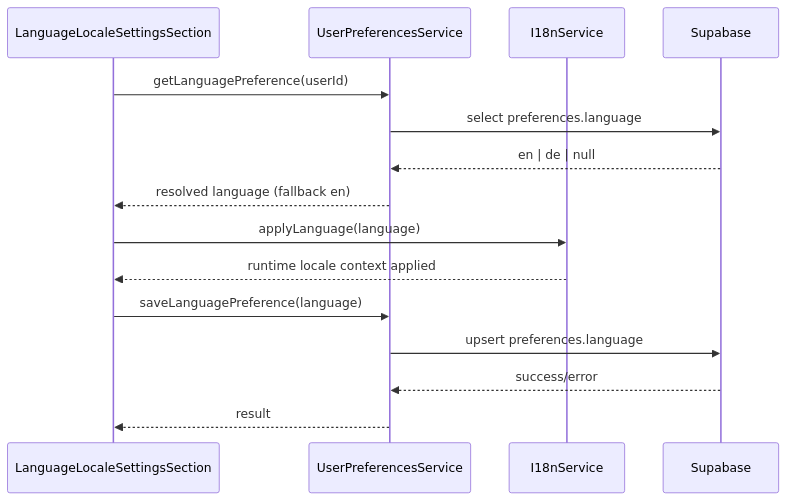
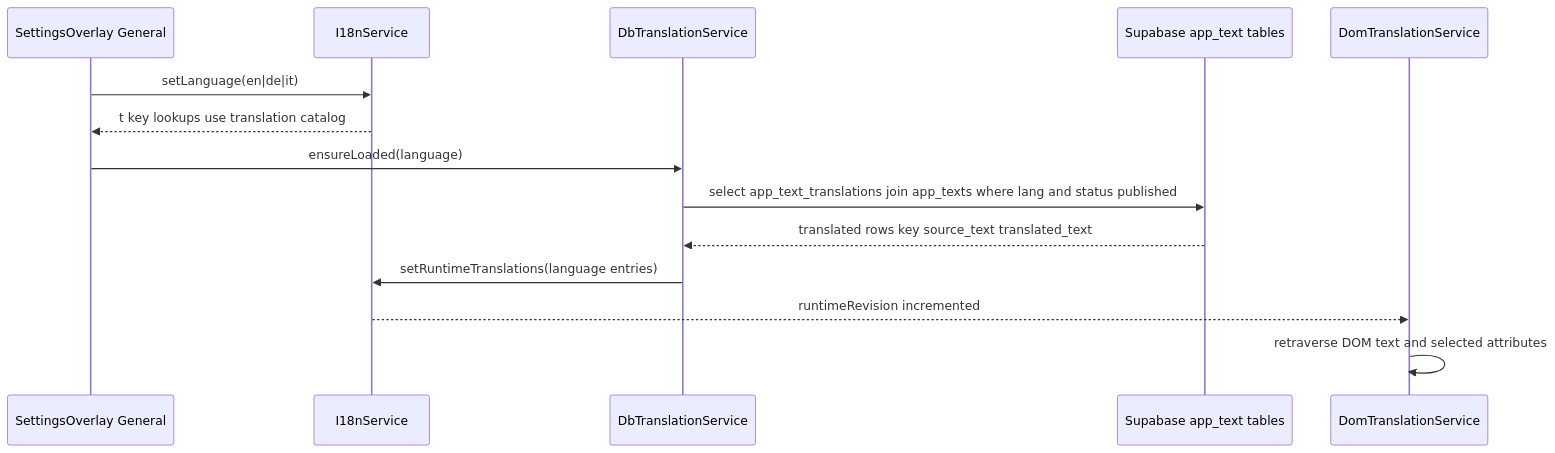
Before and after one commit to matkleve/feldpost: the second of 4 diagrams in docs/element-specs/language-locale-settings.md, drawn with Mermaid. The commit also changed other lines of this file and 34 other files, not shown here.

First line of the commit message:
feat(i18n): enhance language settings and add i18n guard scripts

````diff
--- a/docs/element-specs/language-locale-settings.md
+++ b/docs/element-specs/language-locale-settings.md
@@ -69,20 +65,18 @@
 ```mermaid
 sequenceDiagram
-    participant UI as LanguageLocaleSettingsSection
-    participant PREF as UserPreferencesService
+    participant UI as SettingsOverlay General
     participant I18N as I18nService
-    participant DB as Supabase
+    participant DBT as DbTranslationService
+    participant S as Supabase app_text tables
+    participant DOM as DomTranslationService
 
-    UI->>PREF: getLanguagePreference(userId)
-    PREF->>DB: select preferences.language
-    DB-->>PREF: en | de | null
-    PREF-->>UI: resolved language (fallback en)
+    UI->>I18N: setLanguage(en|de|it)
+    I18N-->>UI: t key lookups use translation catalog
 
-    UI->>I18N: applyLanguage(language)
-    I18N-->>UI: runtime locale context applied
-
-    UI->>PREF: saveLanguagePreference(language)
-    PREF->>DB: upsert preferences.language
-    DB-->>PREF: success/error
-    PREF-->>UI: result
+    UI->>DBT: ensureLoaded(language)
+    DBT->>S: select app_text_translations join app_texts where lang and status published
+    S-->>DBT: translated rows key source_text translated_text
+    DBT->>I18N: setRuntimeTranslations(language entries)
+    I18N-->>DOM: runtimeRevision incremented
+    DOM->>DOM: retraverse DOM text and selected attributes
 ```
````
